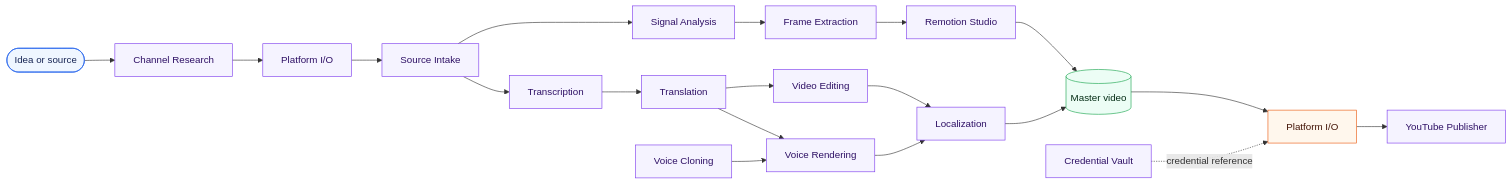
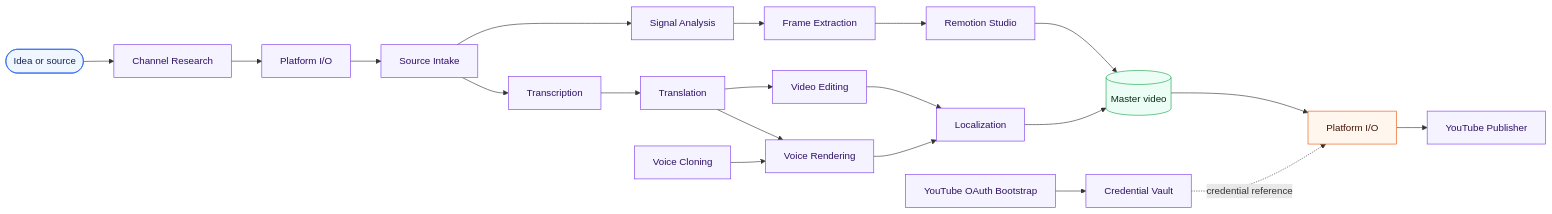
Before and after one commit to wohuishuo/cc-video-pipeline: the first of 2 diagrams in README.md, drawn with Mermaid. The commit also changed other lines of this file and 42 other files, not shown here.

Commit message:
feat: add YouTube OAuth bootstrap Graph

````diff
--- a/README.md
+++ b/README.md
@@ -21,30 +21,31 @@
 ```mermaid
 flowchart LR
     idea([Idea or source]) --> research[Channel Research]
     research --> download[Platform I/O]
     download --> intake[Source Intake]
     intake --> transcribe[Transcription]
     transcribe --> translate[Translation]
     translate --> renderVoice[Voice Rendering]
     intake --> signals[Signal Analysis]
     signals --> frames[Frame Extraction]
     translate --> edit[Video Editing]
     frames --> studio[Remotion Studio]
     edit --> localize[Localization]
     voice[Voice Cloning] --> renderVoice
     renderVoice --> localize
     studio --> master[(Master video)]
     localize --> master
     master --> publish[Platform I/O]
     vault[Credential Vault] -. credential reference .-> publish
     publish --> youtubePublisher[YouTube Publisher]
+    youtubeOAuth[YouTube OAuth Bootstrap] --> vault
 
     classDef source fill:#eff6ff,stroke:#2563eb,color:#172554;
     classDef app fill:#f5f3ff,stroke:#7c3aed,color:#2e1065;
     classDef artifact fill:#ecfdf5,stroke:#16a34a,color:#052e16;
     classDef external fill:#fff7ed,stroke:#ea580c,color:#431407;
     class idea source;
-    class research,download,intake,transcribe,translate,renderVoice,signals,frames,edit,studio,localize,voice,vault,youtubePublisher app;
+    class research,download,intake,transcribe,translate,renderVoice,signals,frames,edit,studio,localize,voice,vault,youtubePublisher,youtubeOAuth app;
     class master artifact;
     class publish external;
 ```
````
